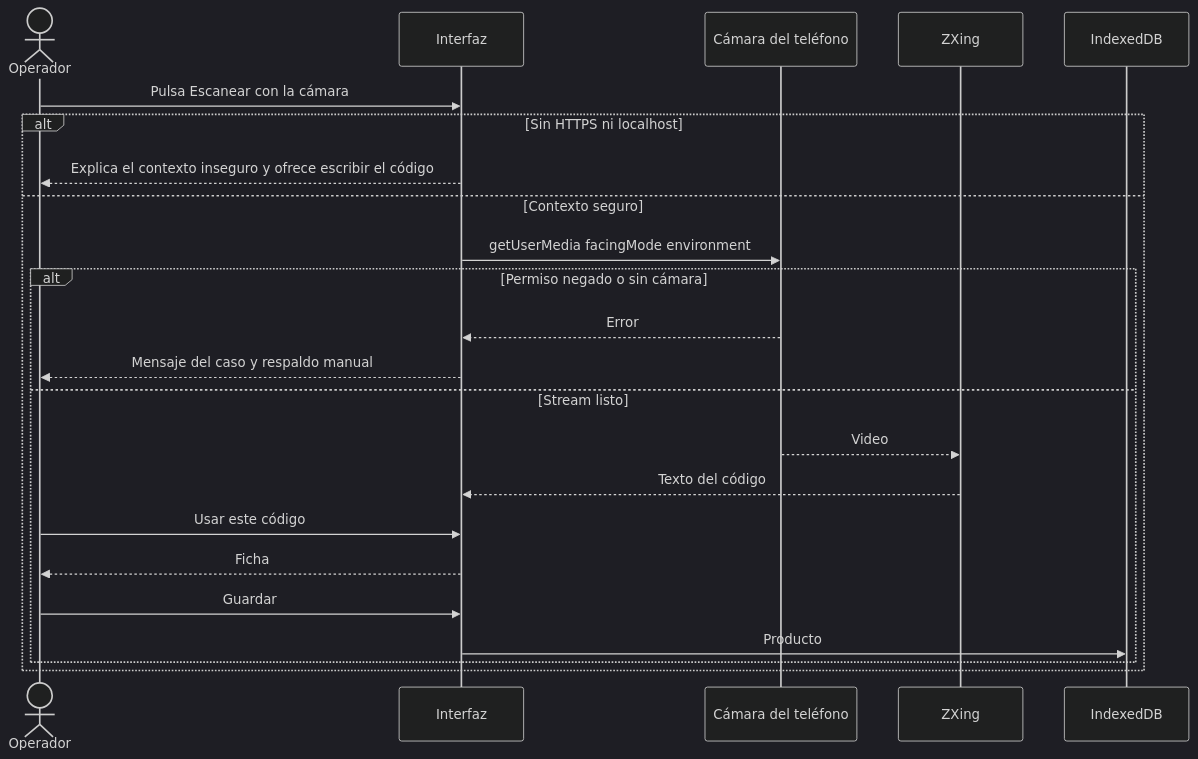
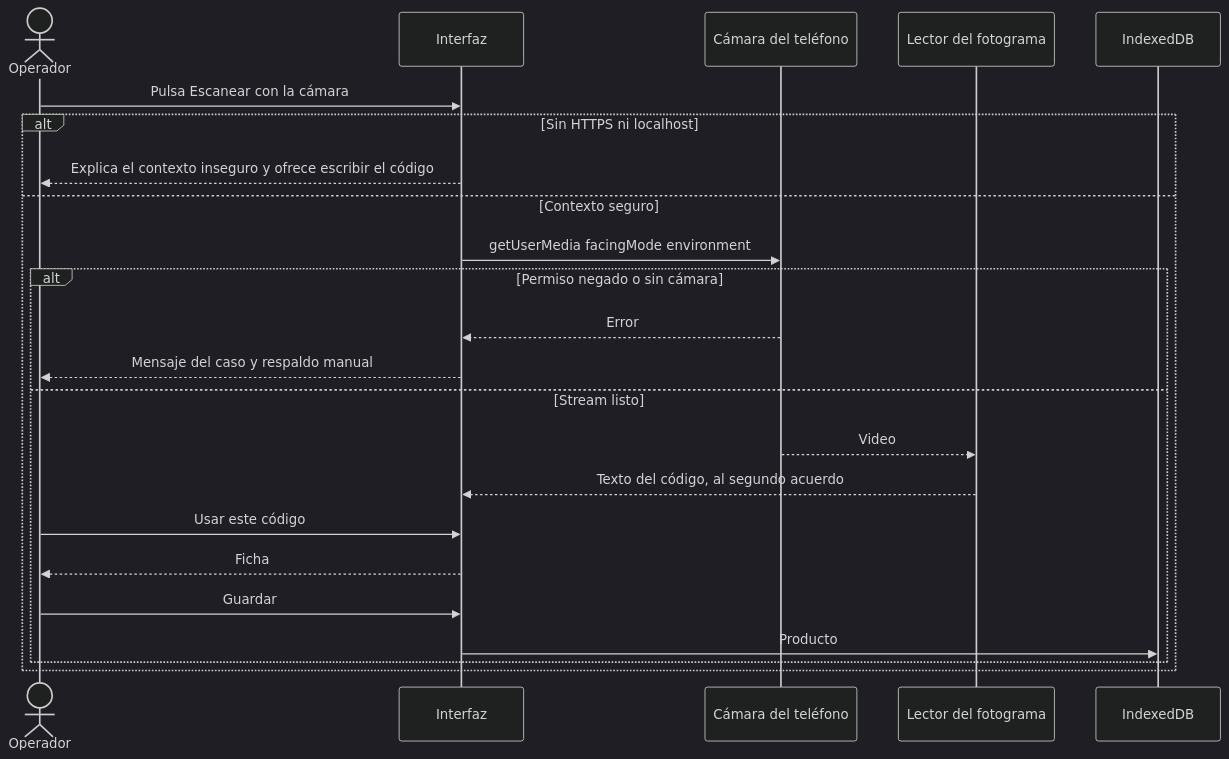
One commit to Sebastian11082003/inventario-codigos changed the diagram in docs/08-uml/scan-flow.md. Above: the diagram before and after it, drawn with Mermaid (dark theme). The commit also changed 13 other files, not shown here.

````diff
--- a/docs/08-uml/scan-flow.md
+++ b/docs/08-uml/scan-flow.md
@@ -3,25 +3,25 @@
 ```mermaid
 sequenceDiagram
   actor Op as Operador
   participant UI as Interfaz
   participant Cam as Cámara del teléfono
-  participant Dec as ZXing
+  participant Dec as Lector del fotograma
   participant DB as IndexedDB
   Op->>UI: Pulsa Escanear con la cámara
   alt Sin HTTPS ni localhost
     UI-->>Op: Explica el contexto inseguro y ofrece escribir el código
   else Contexto seguro
     UI->>Cam: getUserMedia facingMode environment
     alt Permiso negado o sin cámara
       Cam-->>UI: Error
       UI-->>Op: Mensaje del caso y respaldo manual
     else Stream listo
       Cam-->>Dec: Video
-      Dec-->>UI: Texto del código
+      Dec-->>UI: Texto del código, al segundo acuerdo
       Op->>UI: Usar este código
       UI-->>Op: Ficha
       Op->>UI: Guardar
       UI->>DB: Producto
     end
   end
 ```
````
